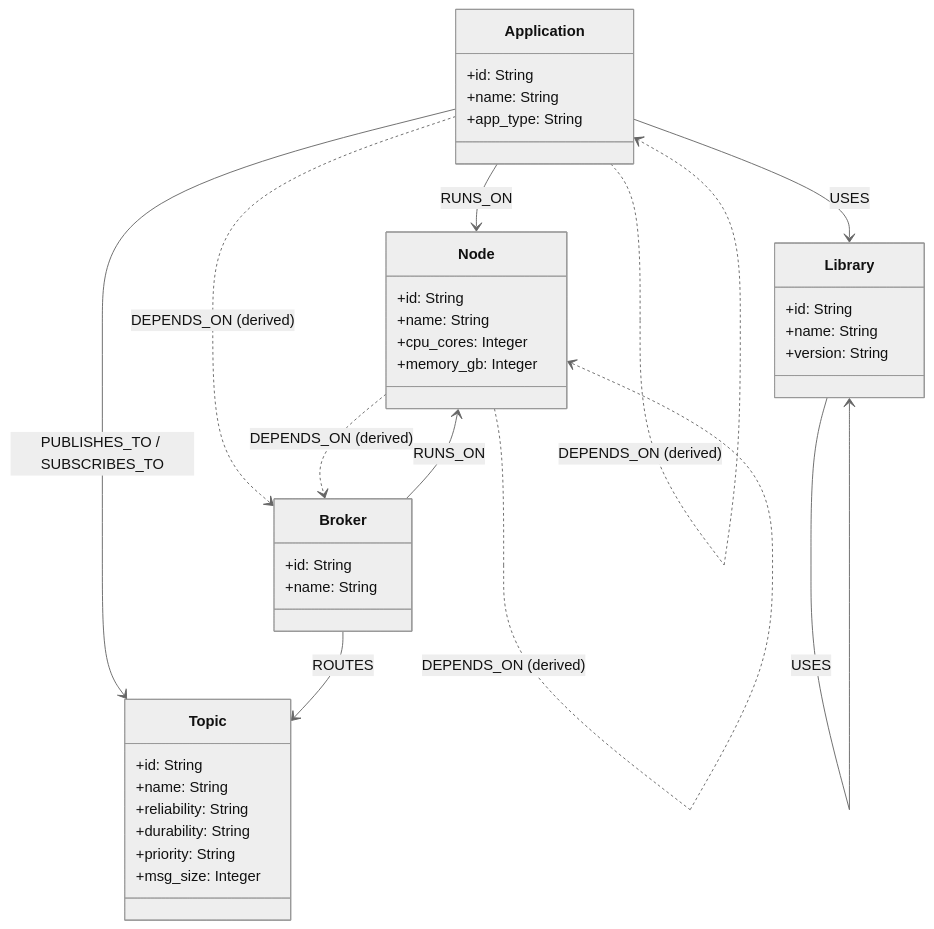
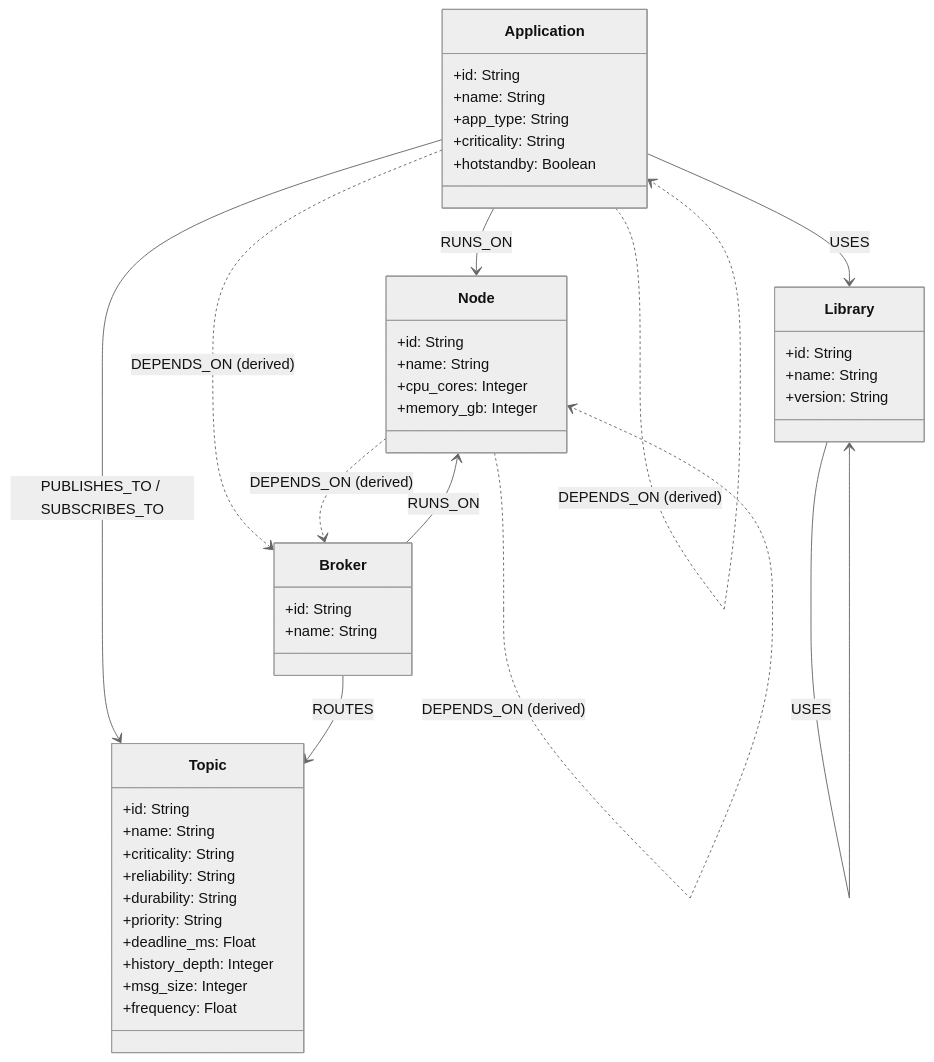
Before and after one commit to onuralpyigit/software-as-a-graph: the third of 3 diagrams in docs/design/SAD.md, drawn with Mermaid (neutral theme). The commit also changed 7 other files, not shown here.

Commit message:
feat: Enhance architecture documentation with criticality and hotstandby attributes for Application and Topic entities

````diff
--- a/docs/design/SAD.md
+++ b/docs/design/SAD.md
@@ -299,44 +299,50 @@
 ```mermaid
 classDiagram
     class Application {
         +id: String
         +name: String
         +app_type: String
+        +criticality: String
+        +hotstandby: Boolean
     }
     class Broker {
         +id: String
         +name: String
     }
     class Topic {
         +id: String
         +name: String
+        +criticality: String
         +reliability: String
         +durability: String
         +priority: String
+        +deadline_ms: Float
+        +history_depth: Integer
         +msg_size: Integer
+        +frequency: Float
     }
     class Node {
         +id: String
         +name: String
         +cpu_cores: Integer
         +memory_gb: Integer
     }
     class Library {
         +id: String
         +name: String
         +version: String
     }
 
     Application --> Topic : PUBLISHES_TO / SUBSCRIBES_TO
     Broker --> Topic : ROUTES
     Application --> Node : RUNS_ON
     Broker --> Node : RUNS_ON
     Node --> Node : CONNECTS_TO
     Application --> Library : USES
     Library --> Library : USES
     
     Application ..> Application : DEPENDS_ON (derived)
     Application ..> Broker : DEPENDS_ON (derived)
     Node ..> Node : DEPENDS_ON (derived)
     Node ..> Broker : DEPENDS_ON (derived)
 ```
````
